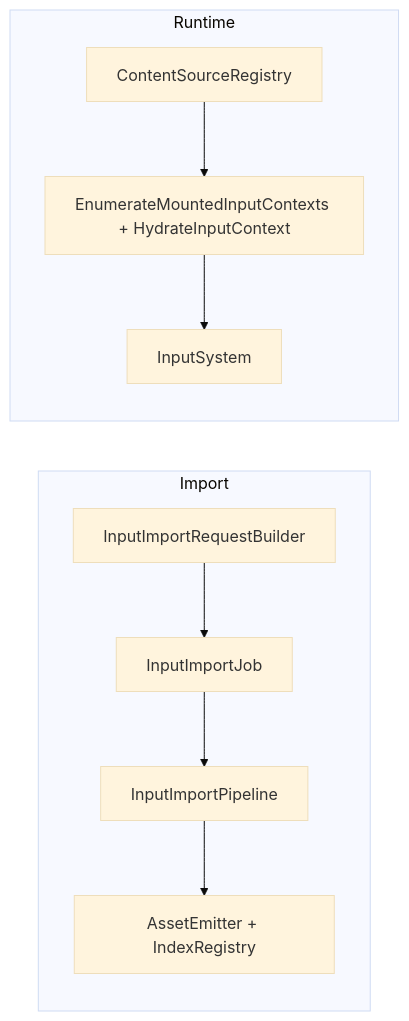
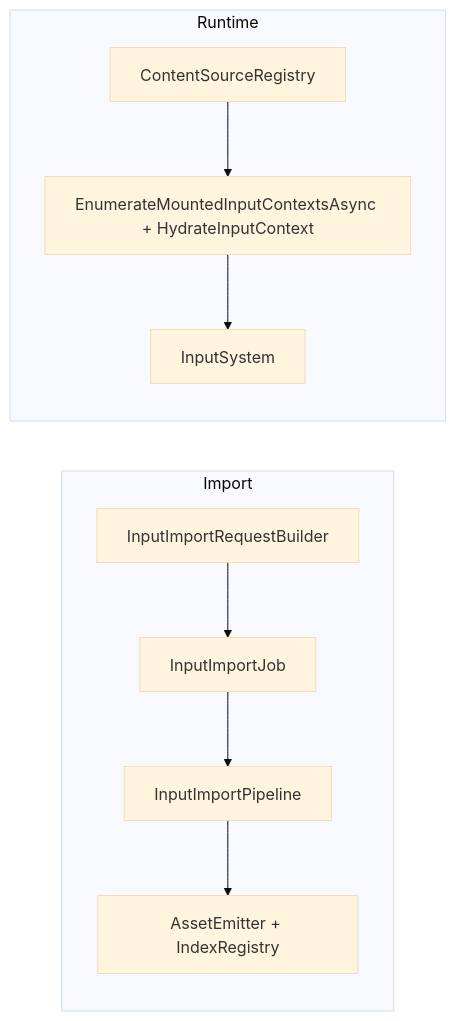
Before and after one commit to abdes/DroidNet: the diagram in projects/Oxygen.Engine/design/content-pipeline/input-cooking-architecture.md, drawn with Mermaid (base theme). The commit also changed other lines of this file and 21 other files, not shown here.

````diff
--- a/projects/Oxygen.Engine/design/content-pipeline/input-cooking-architecture.md
+++ b/projects/Oxygen.Engine/design/content-pipeline/input-cooking-architecture.md
@@ -102,18 +102,18 @@
 ```mermaid
 flowchart LR
   subgraph Import
     A[InputImportRequestBuilder]
     B[InputImportJob]
     C[InputImportPipeline]
     D[AssetEmitter + IndexRegistry]
   end
 
   subgraph Runtime
     E[ContentSourceRegistry]
-    F[EnumerateMountedInputContexts + HydrateInputContext]
+    F[EnumerateMountedInputContextsAsync + HydrateInputContext]
     G[InputSystem]
   end
 
   A --> B --> C --> D
   E --> F --> G
 ```
````
